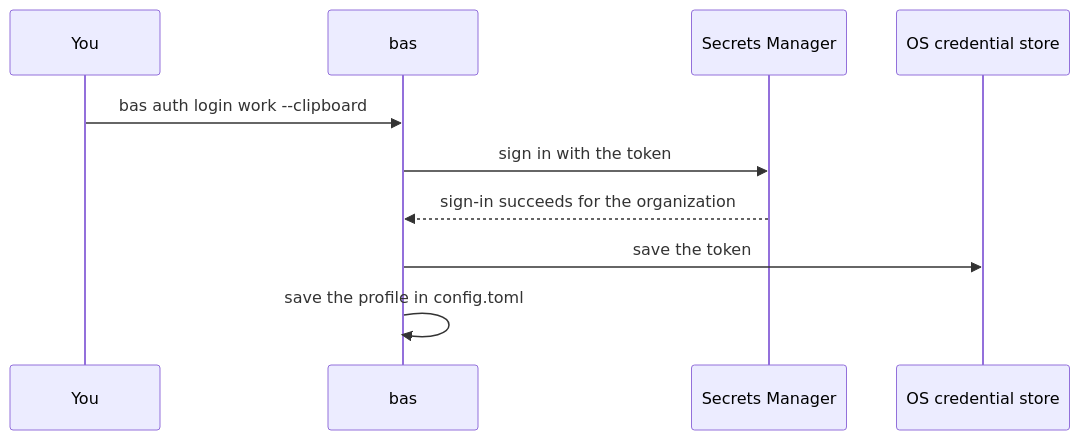
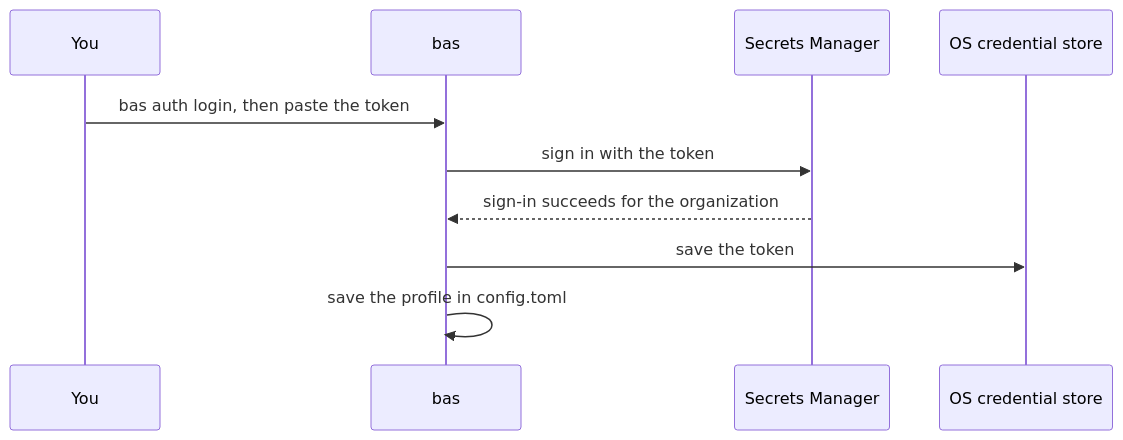
One commit to Snestra/bas changed the second of 5 diagrams in README.md. Above: the diagram before and after it, drawn with Mermaid. The commit also changed other lines of this file and 22 other files, not shown here.

First line of the commit message:
Sign in with one command and one paste, in bas auth login and bas tui

````diff
--- a/README.md
+++ b/README.md
@@ -73,12 +74,12 @@
 ```mermaid
 sequenceDiagram
     participant You
     participant bas
     participant SM as Secrets Manager
     participant Store as OS credential store
-    You->>bas: bas auth login work --clipboard
+    You->>bas: bas auth login, then paste the token
     bas->>SM: sign in with the token
     SM-->>bas: sign-in succeeds for the organization
     bas->>Store: save the token
     bas->>bas: save the profile in config.toml
 ```
````
